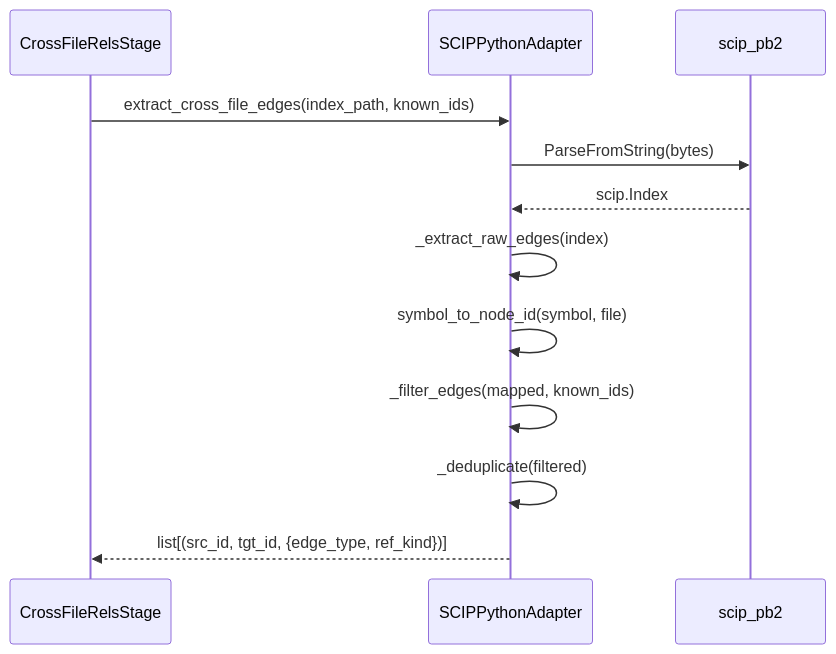
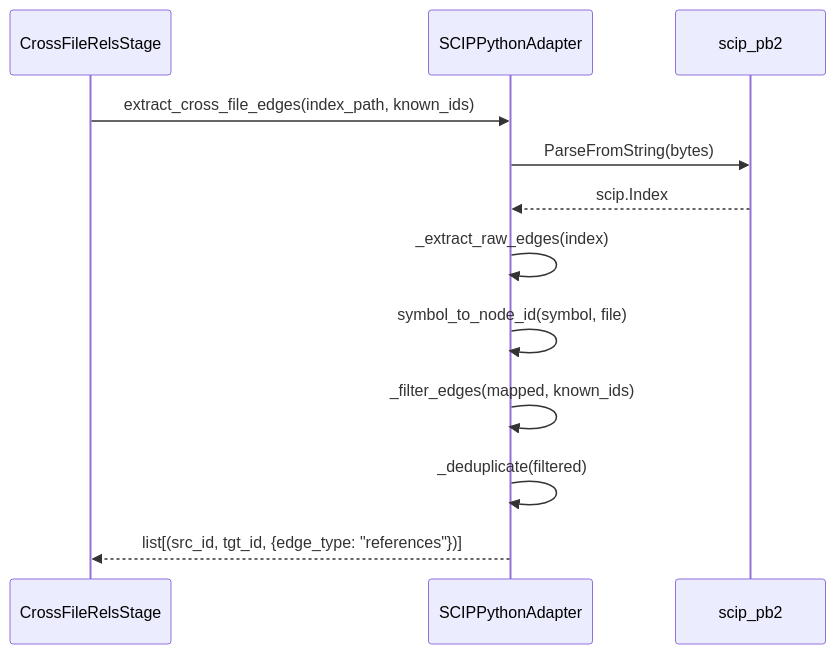
One commit to AI-Substrate/flow_squared changed the third of 3 diagrams in docs/plans/038-scip-cross-file-rels/tasks/phase-1-scip-adapter-foundation/tasks.md. Above: the diagram before and after it, drawn with Mermaid. The commit also changed other lines of this file and 3 other files, not shown here.

First line of the commit message:
Drop ref_kind from SCIP plan (DYK-038-01)

````diff
--- a/docs/plans/038-scip-cross-file-rels/tasks/phase-1-scip-adapter-foundation/tasks.md
+++ b/docs/plans/038-scip-cross-file-rels/tasks/phase-1-scip-adapter-foundation/tasks.md
@@ -156,15 +152,15 @@
 ```mermaid
 sequenceDiagram
     participant Stage as CrossFileRelsStage
     participant Adapter as SCIPPythonAdapter
     participant PB as scip_pb2
 
     Stage->>Adapter: extract_cross_file_edges(index_path, known_ids)
     Adapter->>PB: ParseFromString(bytes)
     PB-->>Adapter: scip.Index
     Adapter->>Adapter: _extract_raw_edges(index)
     Adapter->>Adapter: symbol_to_node_id(symbol, file)
     Adapter->>Adapter: _filter_edges(mapped, known_ids)
     Adapter->>Adapter: _deduplicate(filtered)
-    Adapter-->>Stage: list[(src_id, tgt_id, {edge_type, ref_kind})]
+    Adapter-->>Stage: list[(src_id, tgt_id, {edge_type: "references"})]
 ```
````
